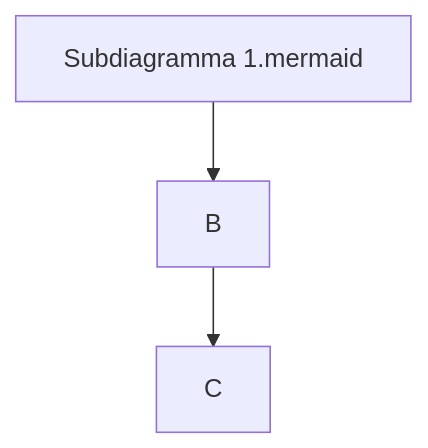
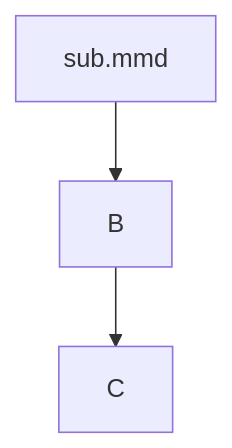
One commit to pagopa/mil-auth changed the diagram in README.md. Above: the diagram before and after it, drawn with Mermaid.

````diff
--- a/README.md
+++ b/README.md
@@ -1,5 +1,5 @@
 ```mermaid
 graph TD
-A[Subdiagramma 1.mermaid] --> B
+A[sub.mmd] --> B
 B --> C
 ```
````
